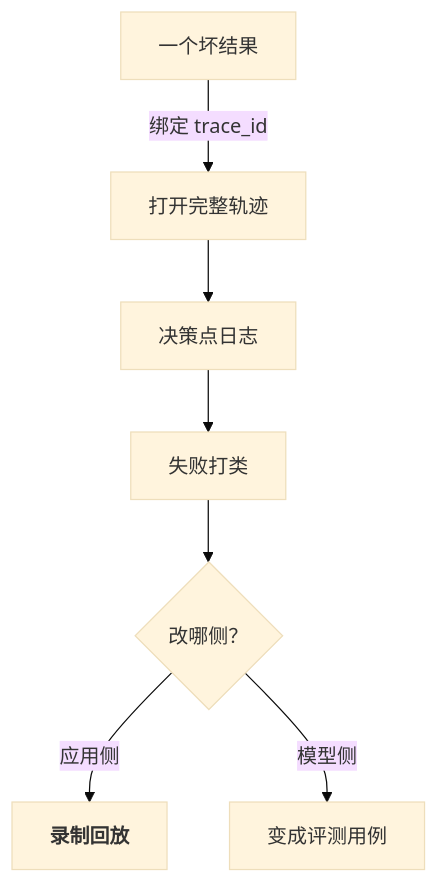
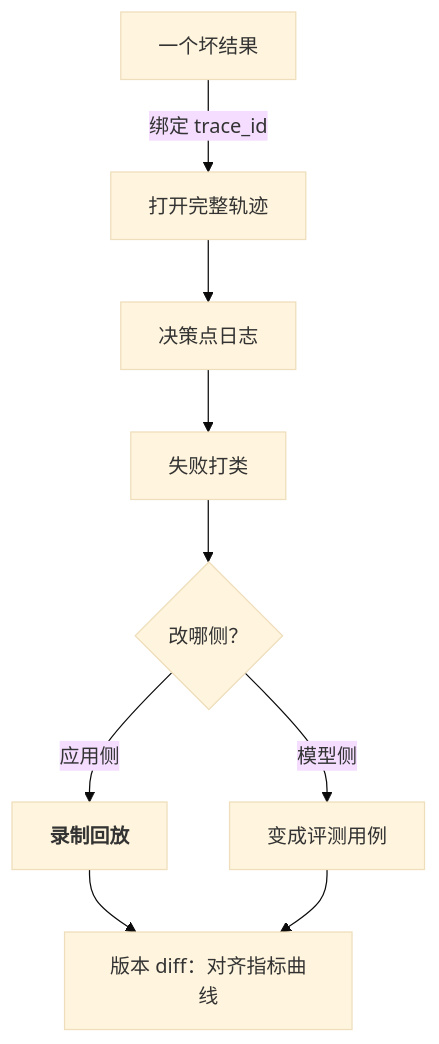
The eighth of 10 diagrams in slides/2026-11-06-evals-and-observability.md (arganzheng/arganzheng.github.com), drawn with Mermaid (base theme) before and after one commit. The commit also changed other lines of this file, not shown here.

Commit message:
slides/evals-and-observability: restore dropped mermaid nodes/branches (semantic audit) — split long flows to v sub-slides

````diff
--- a/slides/2026-11-06-evals-and-observability.md
+++ b/slides/2026-11-06-evals-and-observability.md
@@ -228,12 +244,13 @@
 ```mermaid
 %%{init: {"flowchart": {"wrappingWidth": 170}}}%%
 flowchart TB
     B["一个坏结果"] -- "绑定 trace_id" --> TR["打开完整轨迹"]
     TR --> D["决策点日志"]
     D --> C["失败打类"]
     C --> F{"改哪侧？"}
     F -- "应用侧" --> RP["<b>录制回放</b>"]
     F -- "模型侧" --> EV["变成评测用例"]
+    RP & EV --> V["版本 diff：对齐指标曲线"]
 
 
 ```
````
